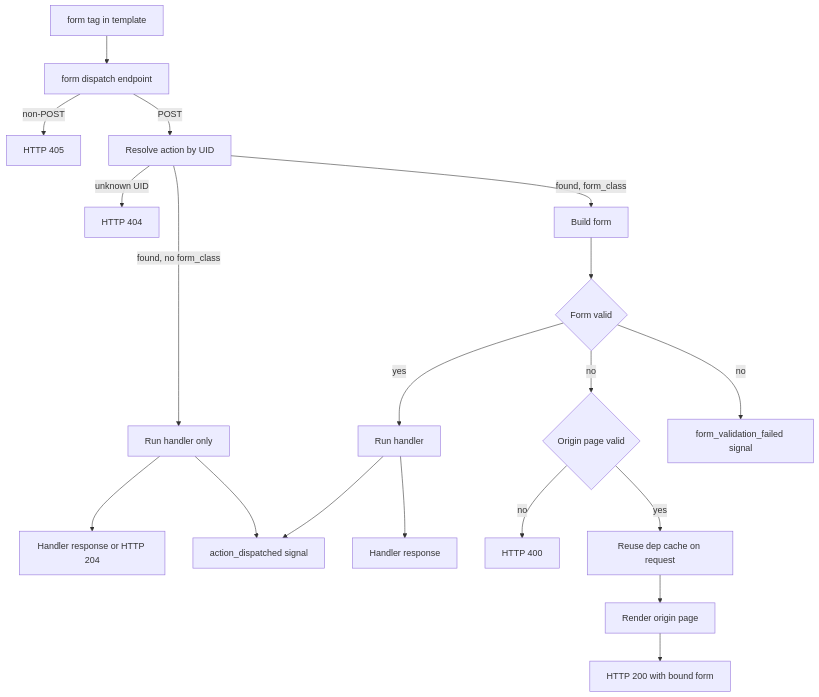
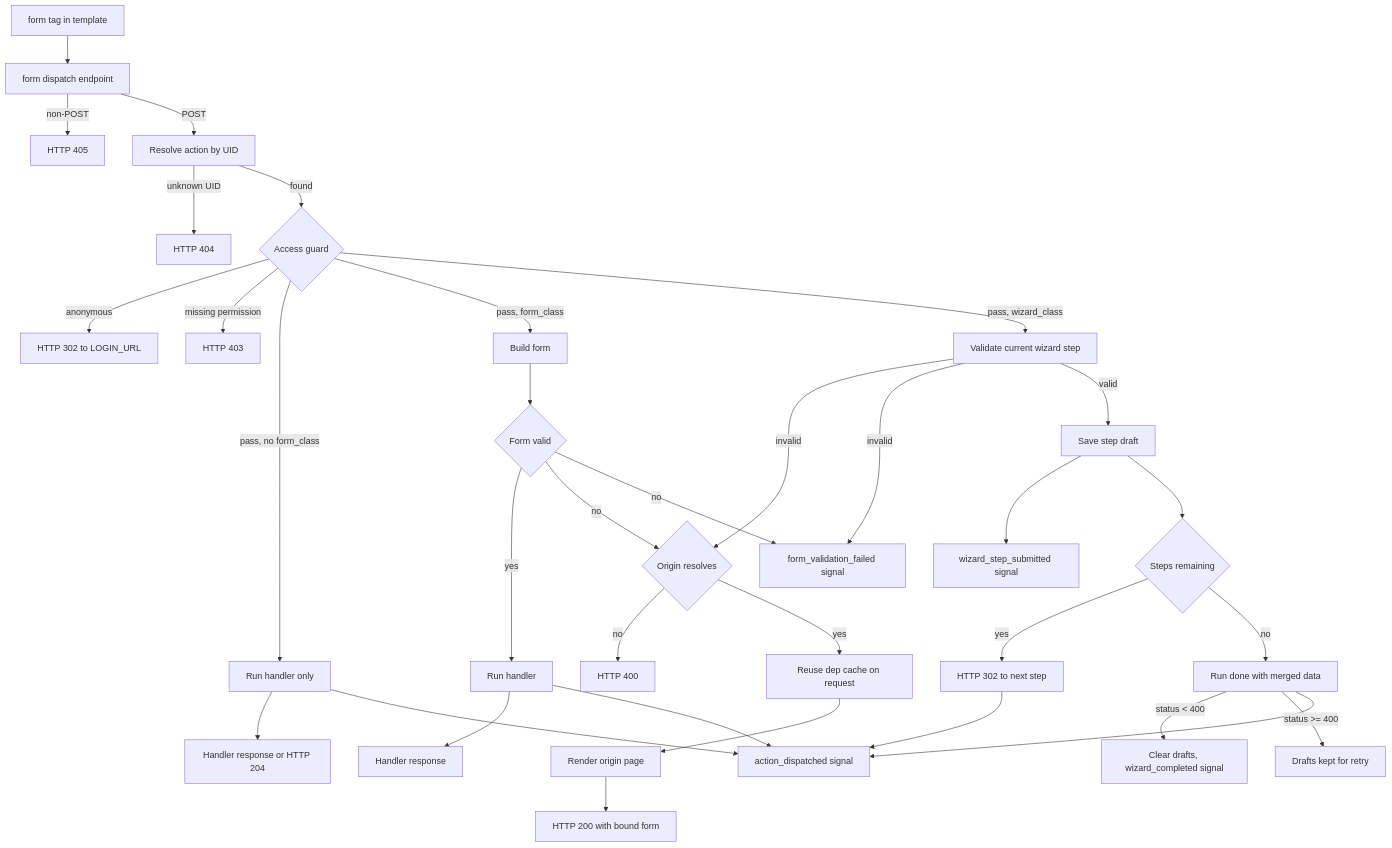
One commit to next-dj/next-dj changed the diagram in docs/content/internals/action-dispatch.rst. Above: the diagram before and after it, drawn with Mermaid. The commit also changed other lines of this file and 351 other files, not shown here.

```diff
--- a/docs/content/internals/action-dispatch.rst
+++ b/docs/content/internals/action-dispatch.rst
@@ -23,21 +23,36 @@
 .. mermaid::
 
    flowchart TB
        Template["form tag in template"] --> Endpoint["form dispatch endpoint"]
        Endpoint -- "non-POST" --> NotAllowed["HTTP 405"]
        Endpoint -- POST --> Lookup["Resolve action by UID"]
        Lookup -- unknown UID --> NotFound["HTTP 404"]
-       Lookup -- "found, no form_class" --> HandlerOnly["Run handler only"]
-       Lookup -- "found, form_class" --> Build["Build form"]
+       Lookup -- found --> Guard{"Access guard"}
+       Guard -- anonymous --> LoginRedirect["HTTP 302 to LOGIN_URL"]
+       Guard -- "missing permission" --> Forbidden["HTTP 403"]
+       Guard -- "pass, no form_class" --> HandlerOnly["Run handler only"]
+       Guard -- "pass, form_class" --> Build["Build form"]
+       Guard -- "pass, wizard_class" --> WizardStep["Validate current wizard step"]
        HandlerOnly --> HandlerOnlyResponse["Handler response or HTTP 204"]
        HandlerOnly --> ActionDispatched["action_dispatched signal"]
        Build --> Validate{"Form valid"}
        Validate -- yes --> Handler["Run handler"]
        Handler --> Response["Handler response"]
        Handler --> ActionDispatched
-       Validate -- no --> Origin{"Origin page valid"}
+       Validate -- no --> Origin{"Origin resolves"}
        Origin -- no --> BadRequest["HTTP 400"]
        Origin -- yes --> ShareCache["Reuse dep cache on request"]
        ShareCache --> RenderOrigin["Render origin page"]
        RenderOrigin --> RerenderHTML["HTTP 200 with bound form"]
        Validate -- no --> FormFailed["form_validation_failed signal"]
+       WizardStep -- invalid --> Origin
+       WizardStep -- invalid --> FormFailed
+       WizardStep -- valid --> SaveStep["Save step draft"]
+       SaveStep --> StepSubmitted["wizard_step_submitted signal"]
+       SaveStep --> StepsLeft{"Steps remaining"}
+       StepsLeft -- yes --> Advance["HTTP 302 to next step"]
+       StepsLeft -- no --> Done["Run done with merged data"]
+       Done -- "status < 400" --> Completed["Clear drafts, wizard_completed signal"]
+       Done -- "status >= 400" --> KeepDrafts["Drafts kept for retry"]
+       Advance --> ActionDispatched
+       Done --> ActionDispatched
```
